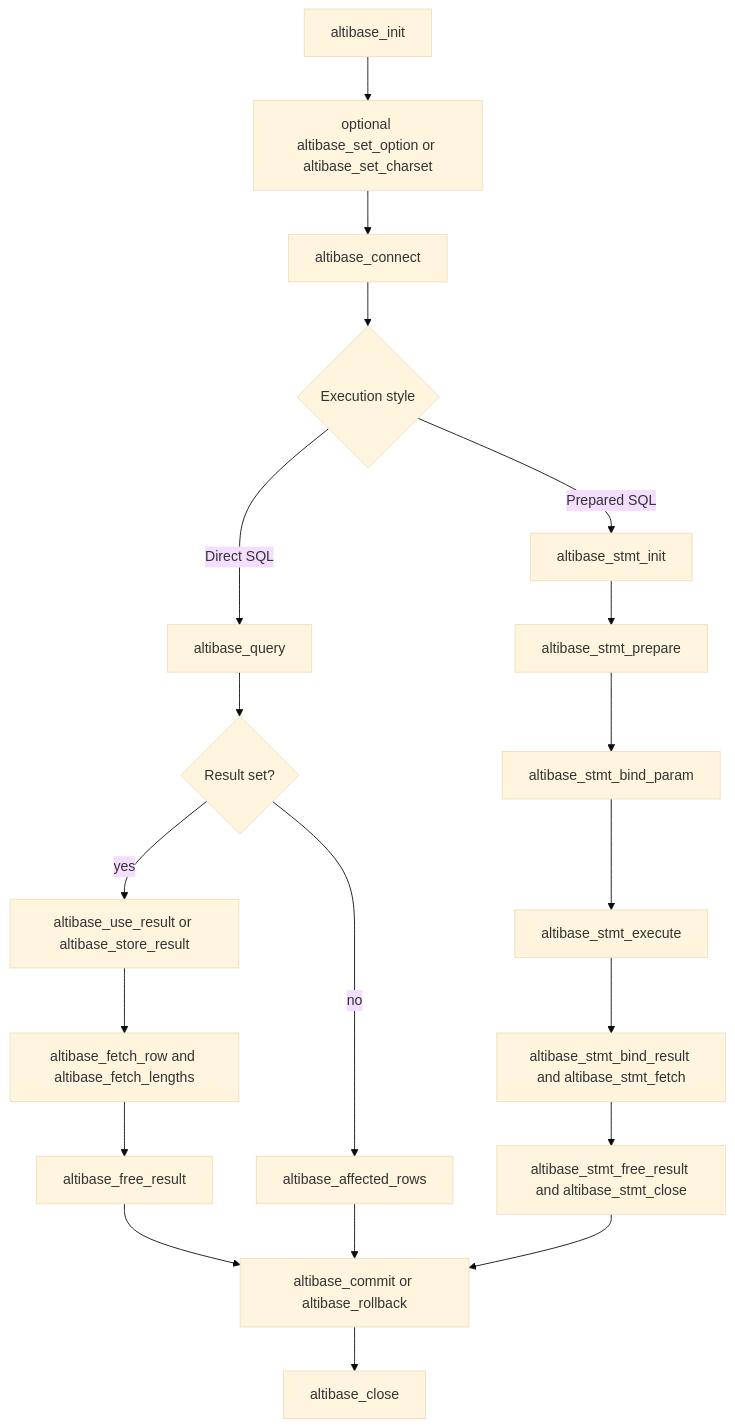
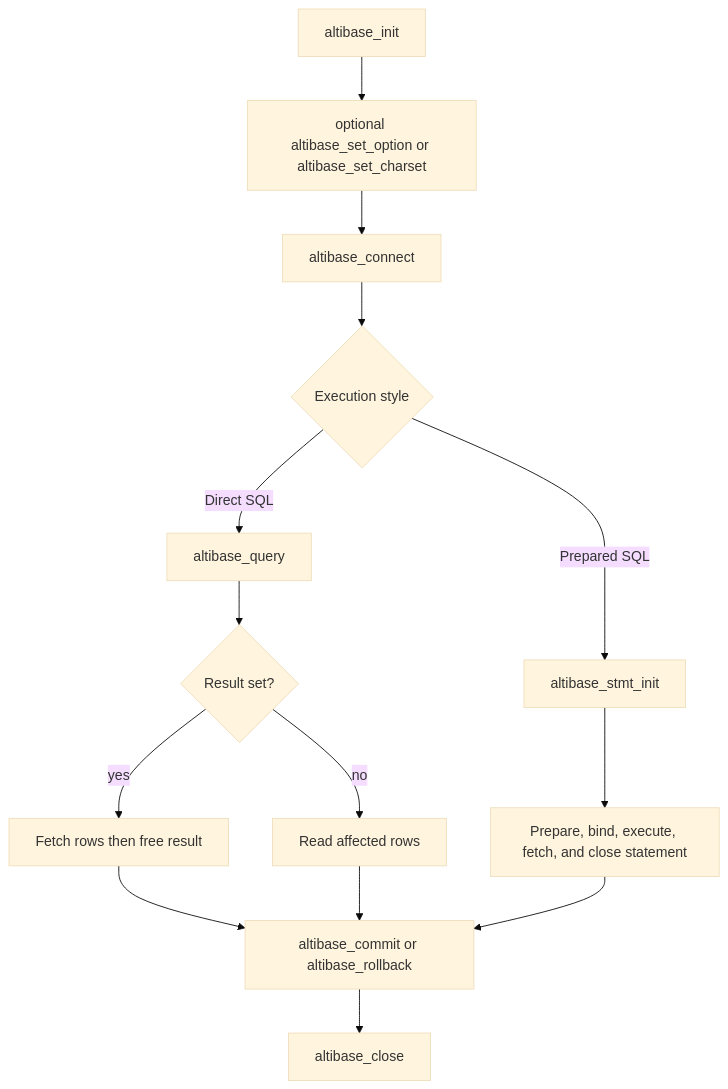
Before and after one commit to et16kr/AltibaseDocuments: the fourth of 5 diagrams in GPTs/attachments/12_c_cli_odbc_precompiler.md, drawn with Mermaid (base theme). The commit also changed other lines of this file and 5 other files, not shown here.

First line of the commit message:
Remediate M21: Split or simplify oversized Mermaid diagrams listed by R14, or move l...

````diff
--- a/GPTs/attachments/12_c_cli_odbc_precompiler.md
+++ b/GPTs/attachments/12_c_cli_odbc_precompiler.md
@@ -1272,22 +1256,16 @@
 ```mermaid
 flowchart TD
   A[altibase_init] --> B[optional altibase_set_option or altibase_set_charset]
   B --> C[altibase_connect]
   C --> D{Execution style}
   D -- Direct SQL --> E[altibase_query]
   E --> F{Result set?}
-  F -- yes --> G[altibase_use_result or altibase_store_result]
-  G --> H[altibase_fetch_row and altibase_fetch_lengths]
-  H --> I[altibase_free_result]
-  F -- no --> J[altibase_affected_rows]
+  F -- yes --> G[Fetch rows then free result]
+  F -- no --> H[Read affected rows]
   D -- Prepared SQL --> K[altibase_stmt_init]
-  K --> L[altibase_stmt_prepare]
-  L --> M[altibase_stmt_bind_param]
-  M --> N[altibase_stmt_execute]
-  N --> O[altibase_stmt_bind_result and altibase_stmt_fetch]
-  O --> P[altibase_stmt_free_result and altibase_stmt_close]
-  I --> Q[altibase_commit or altibase_rollback]
-  J --> Q
+  K --> P[Prepare, bind, execute, fetch, and close statement]
+  G --> Q[altibase_commit or altibase_rollback]
+  H --> Q
   P --> Q
   Q --> R[altibase_close]
 ```
````
